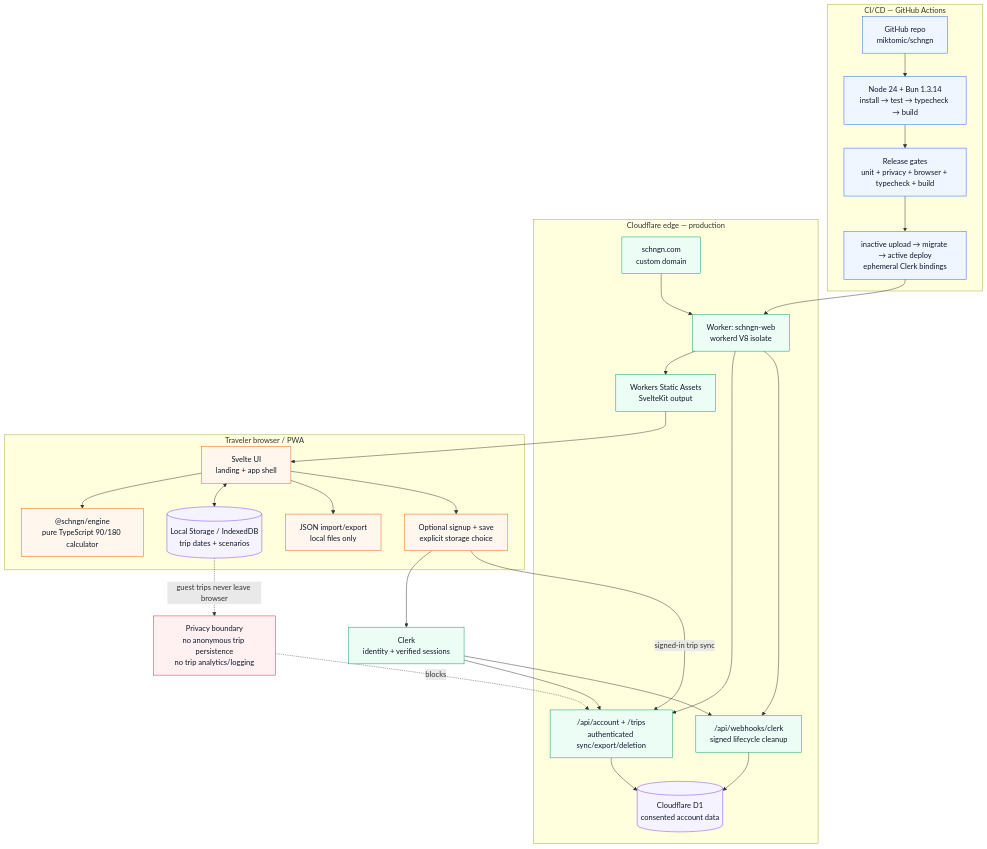
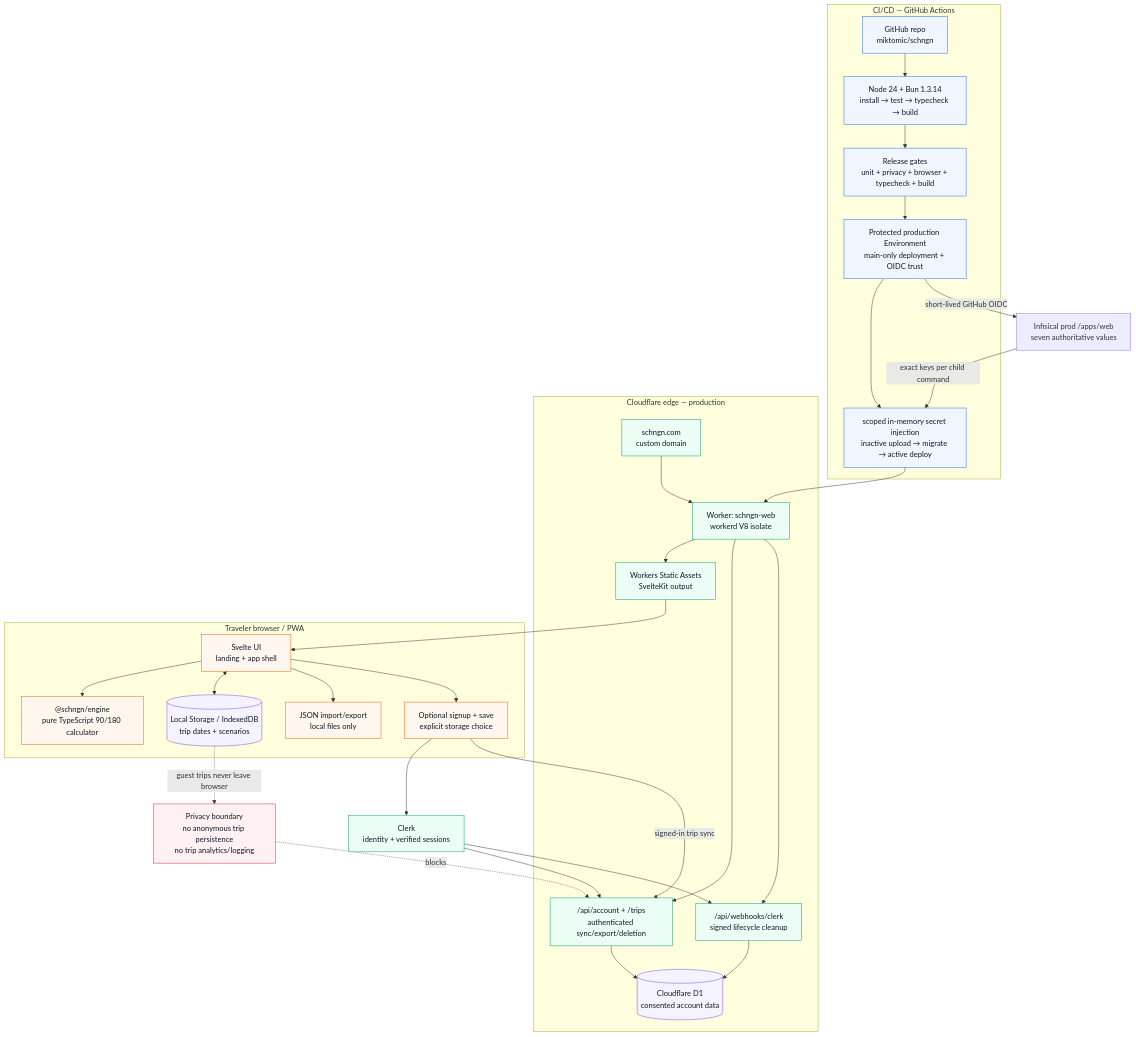
Before and after one commit to miktomic/schngn: the diagram in docs/app-architecture-diagram.md, drawn with Mermaid. The commit also changed other lines of this file and 40 other files, not shown here.

Commit message:
Polish account flow and centralize deployment secrets

````diff
--- a/docs/app-architecture-diagram.md
+++ b/docs/app-architecture-diagram.md
@@ -5,60 +5,65 @@
 ```mermaid
 flowchart TB
   subgraph CI["CI/CD — GitHub Actions"]
     Repo["GitHub repo\nmiktomic/schngn"]
     Toolchain["Node 24 + Bun 1.3.14\ninstall → test → typecheck → build"]
     Gates["Release gates\nunit + privacy + browser + typecheck + build"]
-    Deploy["inactive upload → migrate → active deploy\nephemeral Clerk bindings"]
-    Repo --> Toolchain --> Gates --> Deploy
+    Boundary["Protected production Environment\nmain-only deployment + OIDC trust"]
+    Deploy["scoped in-memory secret injection\ninactive upload → migrate → active deploy"]
+    Repo --> Toolchain --> Gates --> Boundary --> Deploy
   end
+
+  Infisical["Infisical prod /apps/web\nseven authoritative values"]
 
   subgraph CF["Cloudflare edge — production"]
     Domain["schngn.com\ncustom domain"]
     Worker["Worker: schngn-web\nworkerd V8 isolate"]
     Assets["Workers Static Assets\nSvelteKit output"]
     AccountApi["/api/account + /trips\nauthenticated sync/export/deletion"]
     Webhook["/api/webhooks/clerk\nsigned lifecycle cleanup"]
     Store[("Cloudflare D1\nconsented account data")]
     Domain --> Worker
     Worker --> Assets
     Worker --> AccountApi
     Worker --> Webhook
     AccountApi --> Store
     Webhook --> Store
   end
 
   subgraph Browser["Traveler browser / PWA"]
     UI["Svelte UI\nlanding + app shell"]
     Engine["@schngn/engine\npure TypeScript 90/180 calculator"]
     Local[("Local Storage / IndexedDB\ntrip dates + scenarios")]
     Export["JSON import/export\nlocal files only"]
     Consent["Optional signup + save\nexplicit storage choice"]
     UI --> Engine
     UI <--> Local
     UI --> Export
     UI --> Consent
   end
 
   Clerk["Clerk\nidentity + verified sessions"]
 
+  Boundary -- "short-lived GitHub OIDC" --> Infisical
+  Infisical -- "exact keys per child command" --> Deploy
   Deploy --> Worker
   Assets --> UI
   Consent --> Clerk
   Clerk --> AccountApi
   Clerk --> Webhook
   Consent -- "signed-in trip sync" --> AccountApi
   Local -. "guest trips never leave browser" .-> Privacy["Privacy boundary\nno anonymous trip persistence\nno trip analytics/logging"]
   Privacy -. blocks .-> AccountApi
 
   classDef ci fill:#eff6ff,stroke:#2563eb,color:#0f172a
   classDef edge fill:#ecfdf5,stroke:#059669,color:#0f172a
   classDef browser fill:#fff7ed,stroke:#ea580c,color:#0f172a
   classDef data fill:#f5f3ff,stroke:#7c3aed,color:#0f172a
   classDef privacy fill:#fff1f2,stroke:#e11d48,color:#0f172a
-  class Repo,Toolchain,Gates,Deploy ci
+  class Repo,Toolchain,Gates,Boundary,Deploy ci
   class Domain,Worker,Assets,AccountApi,Webhook,Clerk edge
   class UI,Engine,Export,Consent browser
   class Local,Store data
   class Privacy privacy
 
 ```
````
